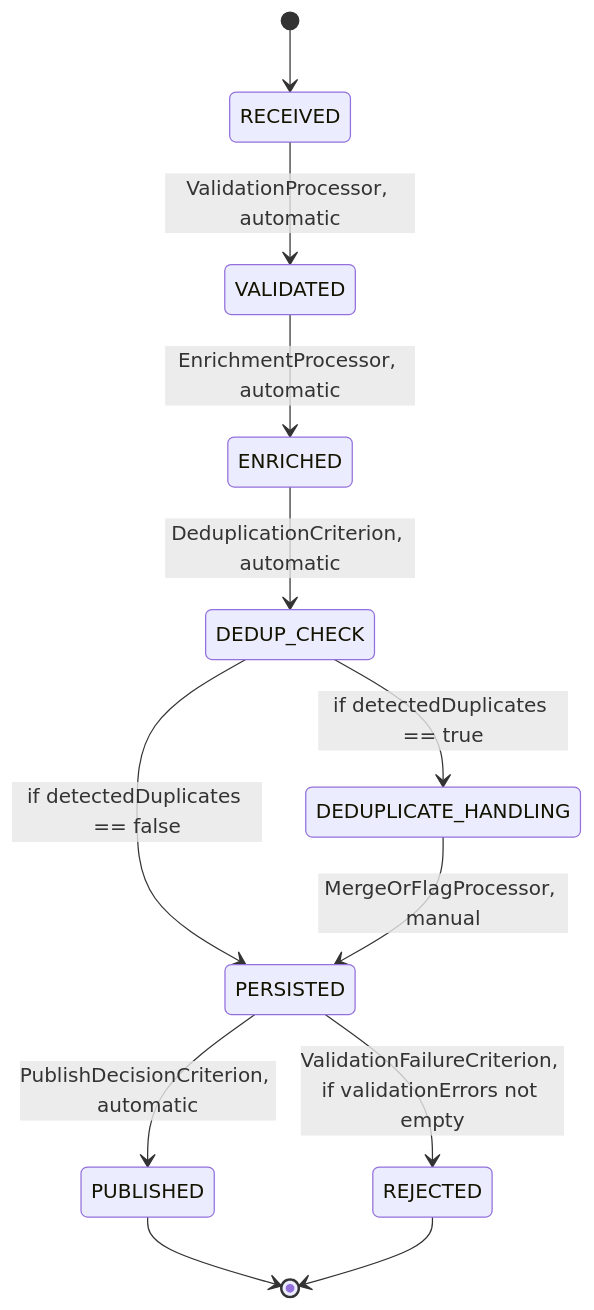
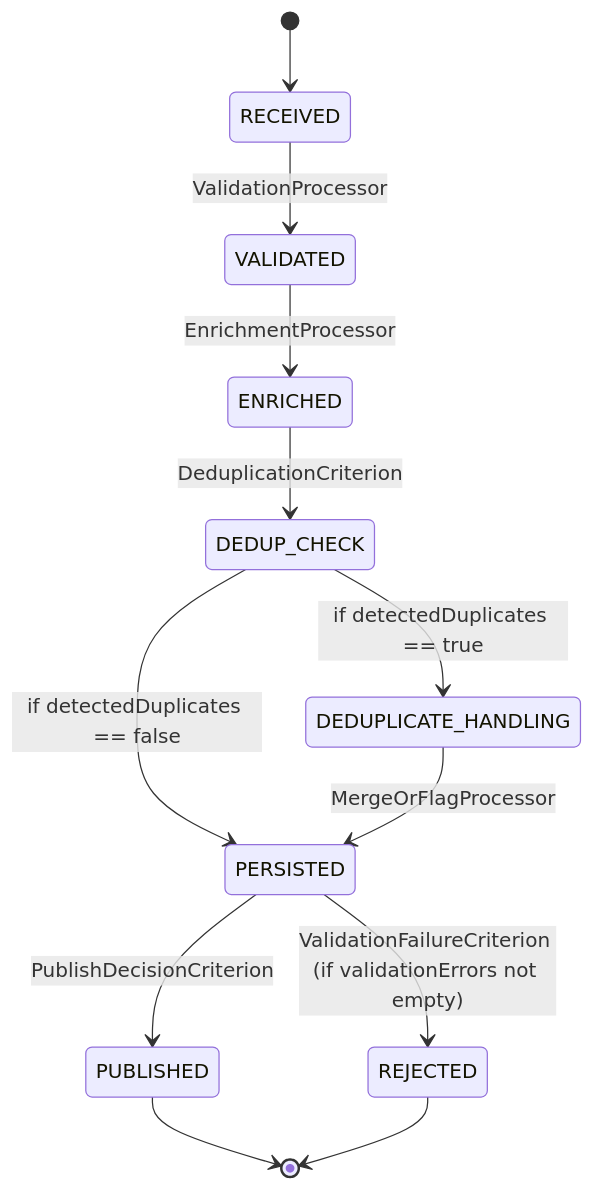
The second of 3 diagrams in src/main/java/com/java_template/prototype/functional_requirement.md (Cyoda-platform/java-client-template), drawn with Mermaid before and after one commit. The commit also changed other lines of this file, not shown here.

````diff
--- a/src/main/java/com/java_template/prototype/functional_requirement.md
+++ b/src/main/java/com/java_template/prototype/functional_requirement.md
@@ -149,14 +210,14 @@
 ```mermaid
 stateDiagram-v2
     [*] --> RECEIVED
-    RECEIVED --> VALIDATED : ValidationProcessor, automatic
-    VALIDATED --> ENRICHED : EnrichmentProcessor, automatic
-    ENRICHED --> DEDUP_CHECK : DeduplicationCriterion, automatic
+    RECEIVED --> VALIDATED : ValidationProcessor
+    VALIDATED --> ENRICHED : EnrichmentProcessor
+    ENRICHED --> DEDUP_CHECK : DeduplicationCriterion
     DEDUP_CHECK --> DEDUPLICATE_HANDLING : if detectedDuplicates == true
     DEDUP_CHECK --> PERSISTED : if detectedDuplicates == false
-    DEDUPLICATE_HANDLING --> PERSISTED : MergeOrFlagProcessor, manual
-    PERSISTED --> PUBLISHED : PublishDecisionCriterion, automatic
-    PERSISTED --> REJECTED : ValidationFailureCriterion, if validationErrors not empty
+    DEDUPLICATE_HANDLING --> PERSISTED : MergeOrFlagProcessor
+    PERSISTED --> PUBLISHED : PublishDecisionCriterion
+    PERSISTED --> REJECTED : ValidationFailureCriterion (if validationErrors not empty)
     PUBLISHED --> [*]
     REJECTED --> [*]
 ```
````
